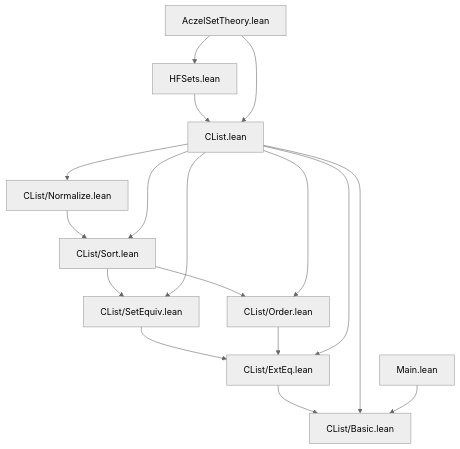
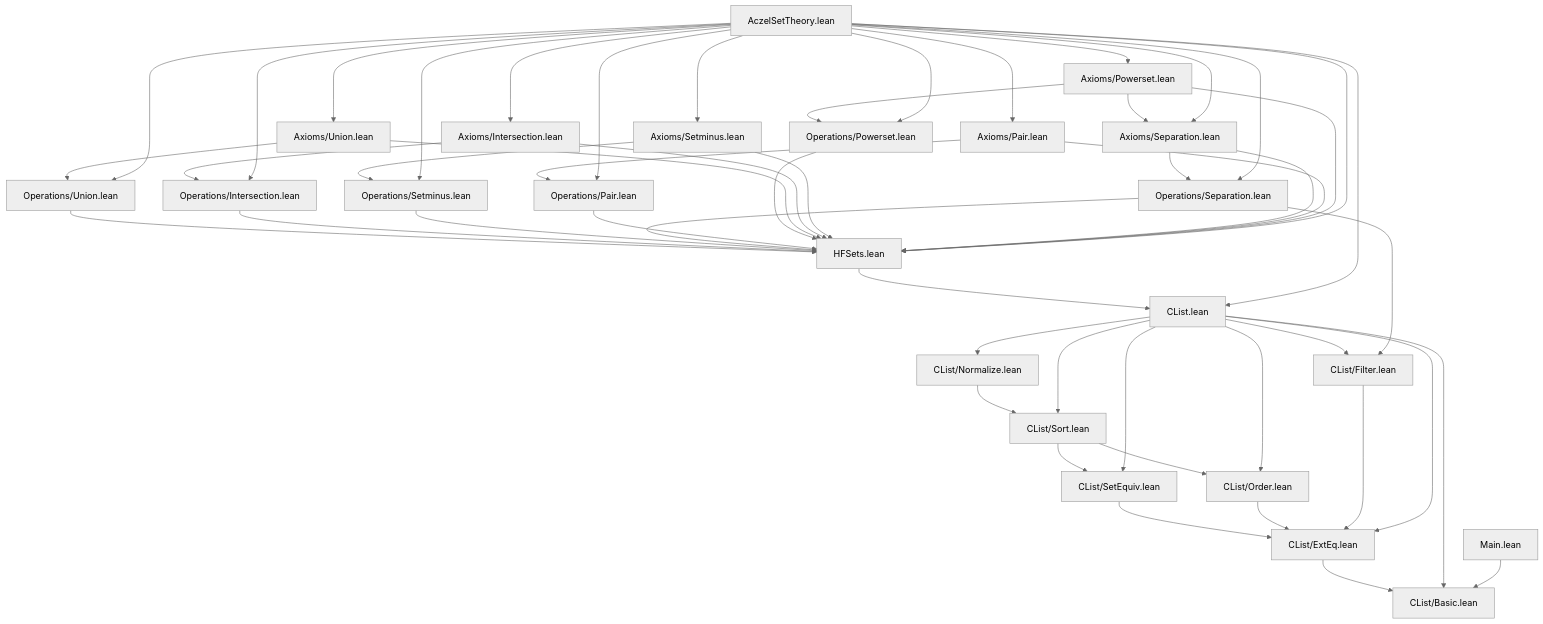
One commit to julian1c2a/AczelSetTheory changed the diagram in DEPENDENCIES.md. Above: the diagram before and after it, drawn with Mermaid (neutral theme). The commit also changed other lines of this file, not shown here.

Commit message:
docs: actualizar el diagrama de dependencias y la jerarquía de nombres en DEPENDENCIES.md

````diff
--- a/DEPENDENCIES.md
+++ b/DEPENDENCIES.md
@@ -26,20 +42,57 @@
 ```mermaid
 graph TD
     B[CList/Basic.lean]
     E[CList/ExtEq.lean] --> B
     S[CList/SetEquiv.lean] --> E
     O[CList/Order.lean] --> E
     So[CList/Sort.lean] --> O
     So --> S
     N[CList/Normalize.lean] --> So
+    F[CList/Filter.lean] --> E
     CL[CList.lean] --> B
     CL --> E
     CL --> S
     CL --> O
     CL --> So
     CL --> N
+    CL --> F
     H[HFSets.lean] --> CL
+
+    OpU[Operations/Union.lean] --> H
+    OpI[Operations/Intersection.lean] --> H
+    OpSm[Operations/Setminus.lean] --> H
+    OpSp[Operations/Separation.lean] --> H
+    OpSp --> F
+    OpPa[Operations/Pair.lean] --> H
+    OpPw[Operations/Powerset.lean] --> H
+
+    AxU[Axioms/Union.lean] --> H
+    AxU --> OpU
+    AxI[Axioms/Intersection.lean] --> H
+    AxI --> OpI
+    AxSm[Axioms/Setminus.lean] --> H
+    AxSm --> OpSm
+    AxSp[Axioms/Separation.lean] --> H
+    AxSp --> OpSp
+    AxPa[Axioms/Pair.lean] --> H
+    AxPa --> OpPa
+    AxPw[Axioms/Powerset.lean] --> H
+    AxPw --> OpPw
+    AxPw --> AxSp
+
     Z[AczelSetTheory.lean] --> CL
     Z --> H
+    Z --> OpU
+    Z --> OpI
+    Z --> OpSm
+    Z --> OpSp
+    Z --> OpPa
+    Z --> OpPw
+    Z --> AxU
+    Z --> AxI
+    Z --> AxSm
+    Z --> AxSp
+    Z --> AxPa
+    Z --> AxPw
     M[Main.lean] --> B
 ```
````
